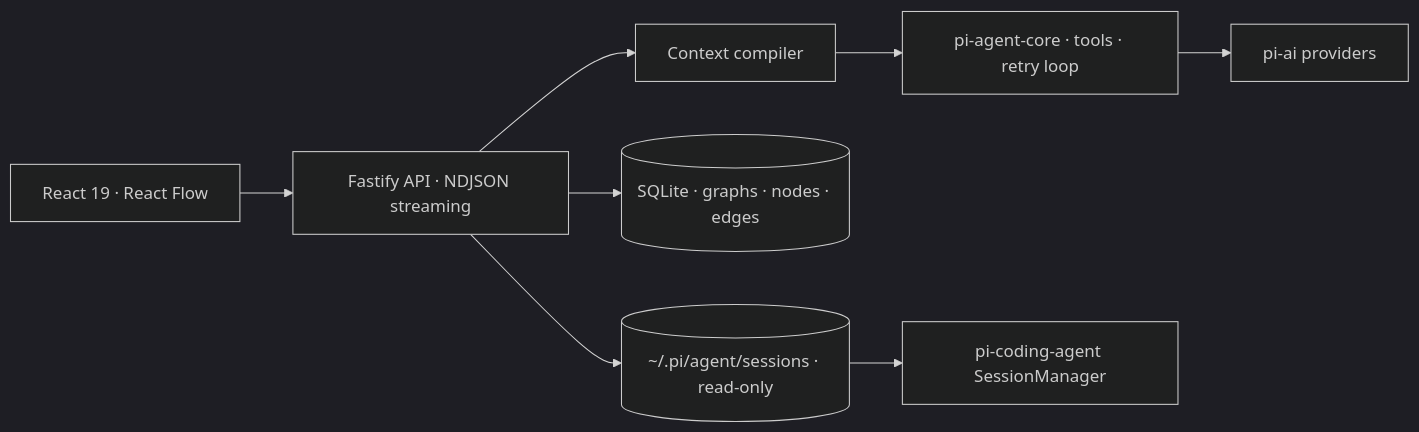
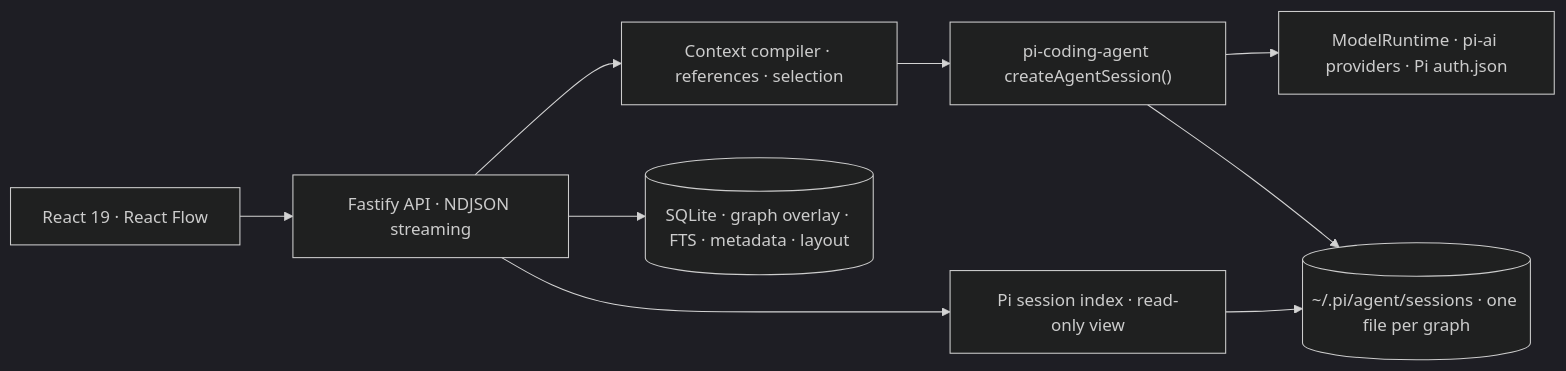
One commit to everettjf/graphchat changed the diagram in README.md. Above: the diagram before and after it, drawn with Mermaid (dark theme). The commit also changed other lines of this file and 29 other files, not shown here.

First line of the commit message:
Run graph answers through Pi sessions

````diff
--- a/README.md
+++ b/README.md
@@ -107,10 +111,11 @@
 ```mermaid
 flowchart LR
     UI["React 19 · React Flow"] --> API["Fastify API · NDJSON streaming"]
-    API --> CTX["Context compiler"]
-    CTX --> AGENT["pi-agent-core · tools · retry loop"]
-    AGENT --> MODELS["pi-ai providers"]
-    API --> DB[("SQLite · graphs · nodes · edges")]
-    API --> PI[("~/.pi/agent/sessions · read-only")]
-    PI --> SM["pi-coding-agent SessionManager"]
+    API --> CTX["Context compiler · references · selection"]
+    CTX --> AGENT["pi-coding-agent createAgentSession()"]
+    AGENT --> MODELS["ModelRuntime · pi-ai providers · Pi auth.json"]
+    AGENT --> SESSION[("~/.pi/agent/sessions · one file per graph")]
+    API --> DB[("SQLite · graph overlay · FTS · metadata · layout")]
+    API --> PI["Pi session index · read-only view"]
+    PI --> SESSION
 ```
````
